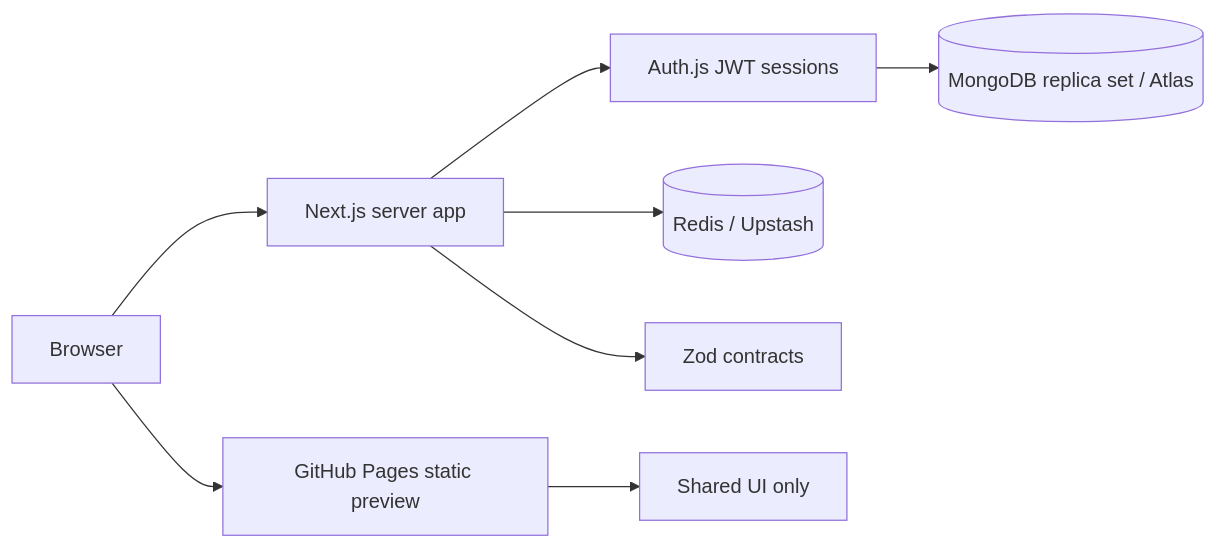
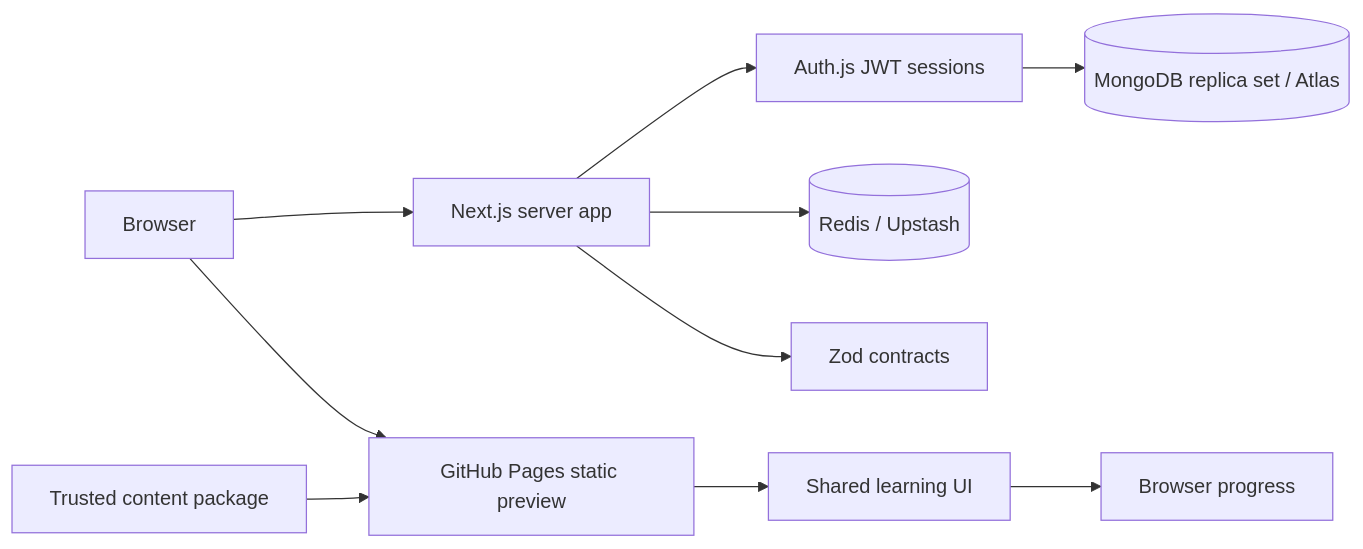
Before and after one commit to nafismam/ParleItaliano: the diagram in docs/architecture.md, drawn with Mermaid. The commit also changed other lines of this file and 54 other files, not shown here.

Commit message:
Build Italian grammar learning workspace and interactive Pages edition

````diff
--- a/docs/architecture.md
+++ b/docs/architecture.md
@@ -5,10 +5,12 @@
 ```mermaid
 flowchart LR
   Browser --> Web[Next.js server app]
   Browser --> Pages[GitHub Pages static preview]
   Web --> Auth[Auth.js JWT sessions]
   Auth --> Mongo[(MongoDB replica set / Atlas)]
   Web --> Redis[(Redis / Upstash)]
   Web --> Contracts[Zod contracts]
-  Pages --> UI[Shared UI only]
+  Pages --> UI[Shared learning UI]
+  UI --> Local[Browser progress]
+  Editorial[Trusted content package] --> Pages
 ```
````
